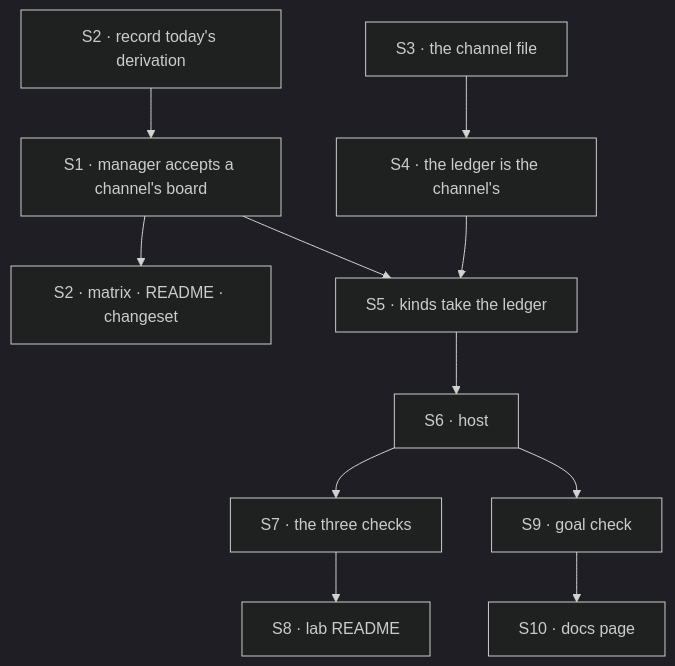
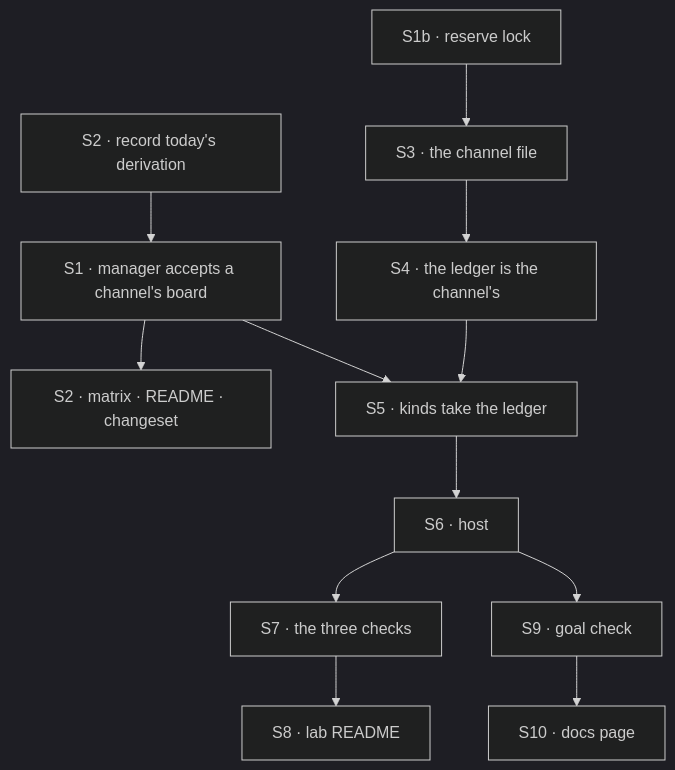
One commit to fixpoint-labs/flow-state-dev changed the diagram in specs/issues/FIX-1667/PLAN.md. Above: the diagram before and after it, drawn with Mermaid (dark theme). The commit also changed other lines of this file and 5 other files, not shown here.

````diff
--- a/specs/issues/FIX-1667/PLAN.md
+++ b/specs/issues/FIX-1667/PLAN.md
@@ -28,13 +29,14 @@
 ```mermaid
 flowchart TD
   S2a["S2 · record today's derivation"] --> S1["S1 · manager accepts a channel's board"]
   S1 --> S2["S2 · matrix · README · changeset"]
   S3["S3 · the channel file"] --> S4["S4 · the ledger is the channel's"]
   S1 --> S5["S5 · kinds take the ledger"]
+  S1b["S1b · reserve lock"] --> S3
   S4 --> S5
   S5 --> S6["S6 · host"]
   S6 --> S7["S7 · the three checks"]
   S6 --> S9["S9 · goal check"]
   S7 --> S8["S8 · lab README"]
   S9 --> S10["S10 · docs page"]
 ```
````
